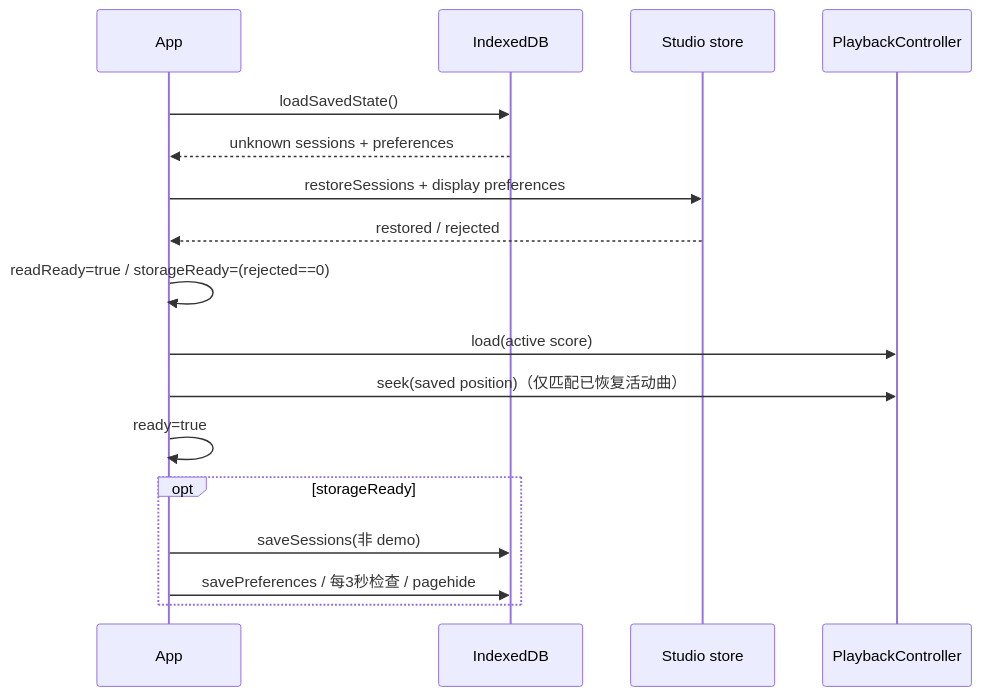
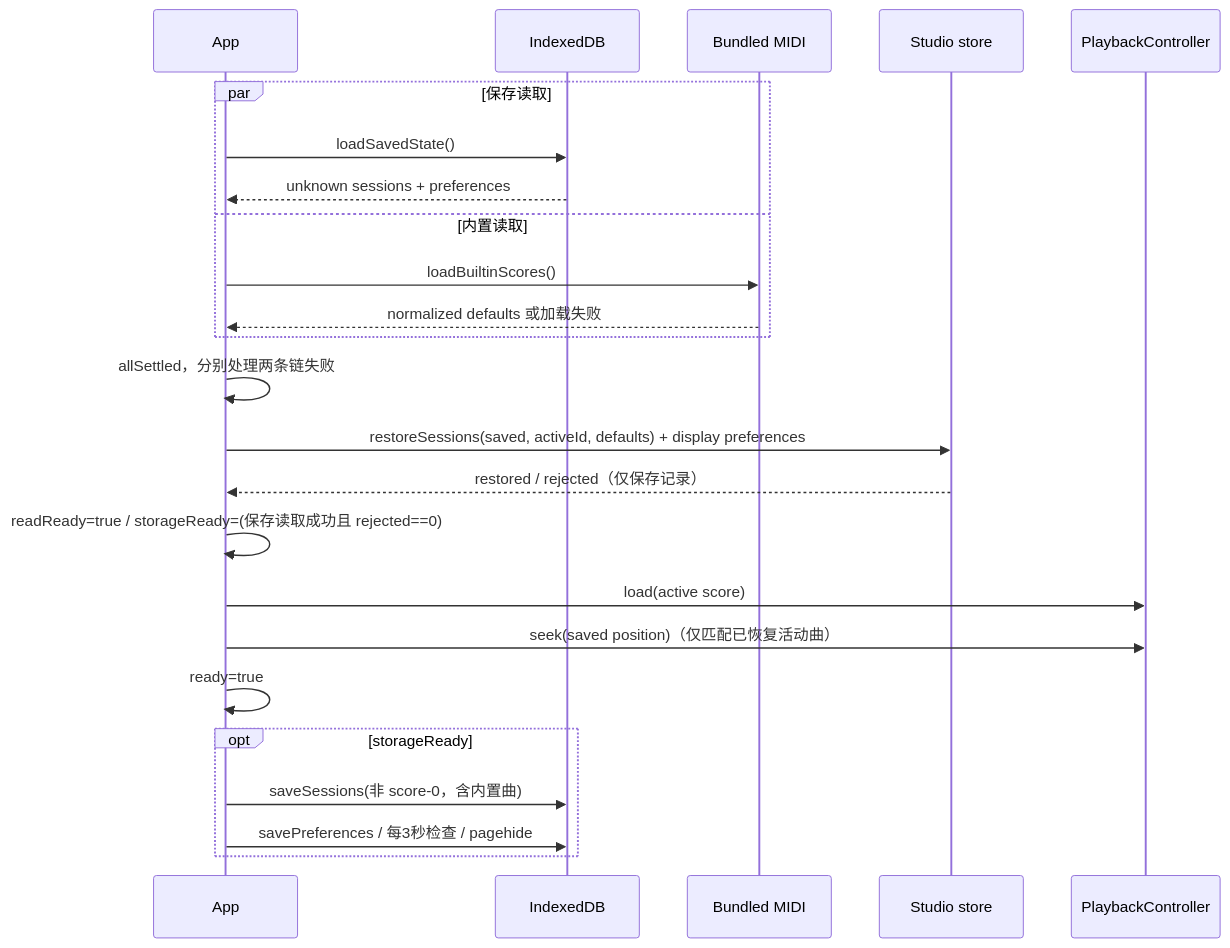
One commit to Ranmor107/harmonic-motion changed the diagram in docs/developer/application-state.md. Above: the diagram before and after it, drawn with Mermaid. The commit also changed other lines of this file and 18 other files, not shown here.

````diff
--- a/docs/developer/application-state.md
+++ b/docs/developer/application-state.md
@@ -32,19 +34,26 @@
 ```mermaid
 sequenceDiagram
   participant App
   participant DB as IndexedDB
+  participant Assets as Bundled MIDI
   participant Store as Studio store
   participant PC as PlaybackController
-  App->>DB: loadSavedState()
-  DB-->>App: unknown sessions + preferences
-  App->>Store: restoreSessions + display preferences
-  Store-->>App: restored / rejected
-  App->>App: readReady=true / storageReady=(rejected==0)
+  par 保存读取
+    App->>DB: loadSavedState()
+    DB-->>App: unknown sessions + preferences
+  and 内置读取
+    App->>Assets: loadBuiltinScores()
+    Assets-->>App: normalized defaults 或加载失败
+  end
+  App->>App: allSettled，分别处理两条链失败
+  App->>Store: restoreSessions(saved, activeId, defaults) + display preferences
+  Store-->>App: restored / rejected（仅保存记录）
+  App->>App: readReady=true / storageReady=(保存读取成功且 rejected==0)
   App->>PC: load(active score)
   App->>PC: seek(saved position)（仅匹配已恢复活动曲）
   App->>App: ready=true
   opt storageReady
-    App->>DB: saveSessions(非 demo)
+    App->>DB: saveSessions(非 score-0，含内置曲)
     App->>DB: savePreferences / 每3秒检查 / pagehide
   end
 ```
````
